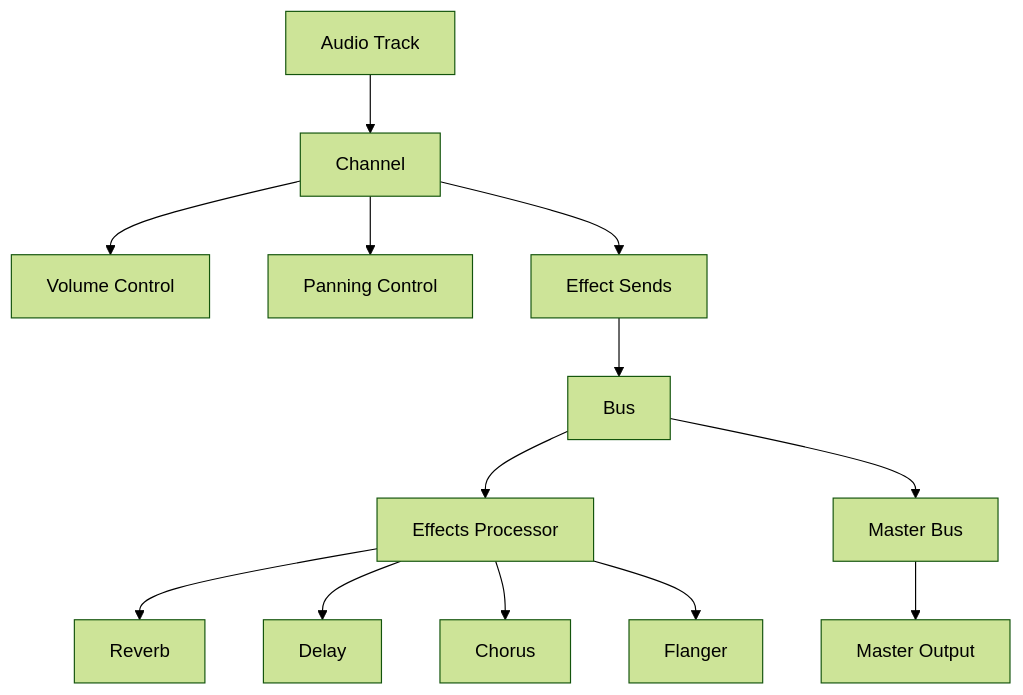
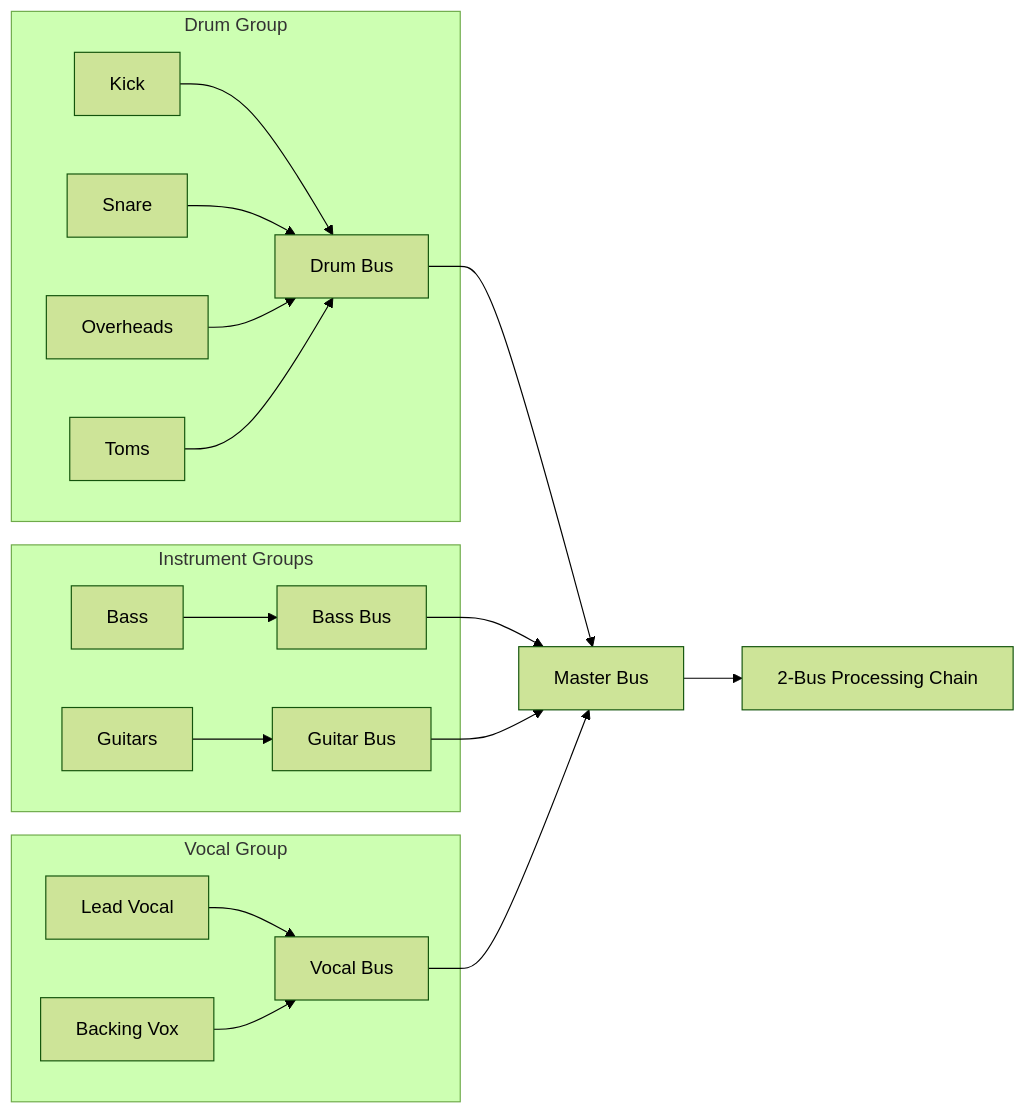
Before and after one commit to blebleblee/synapse: the second of 2 diagrams in topics/arts/music_production/mixing/lesson_04_advanced_mixing_techniques.md, drawn with Mermaid (forest theme). The commit also changed other lines of this file and 4 other files, not shown here.

````diff
--- a/topics/arts/music_production/mixing/lesson_04_advanced_mixing_techniques.md
+++ b/topics/arts/music_production/mixing/lesson_04_advanced_mixing_techniques.md
@@ -31,15 +166,25 @@
 ```mermaid
-graph TD;
-    A["Audio Track"] --> B["Channel"];
-    B --> C["Volume Control"];
-    B --> D["Panning Control"];
-    B --> E["Effect Sends"];
-    E --> F["Bus"];
-    F --> G["Effects Processor"];
-    G --> H["Reverb"];
-    G --> I["Delay"];
-    G --> J["Chorus"];
-    G --> K["Flanger"];
-    F --> L["Master Bus"];
-    L --> M["Master Output"];
+graph LR;
+    subgraph drums ["Drum Group"]
+        K["Kick"] --> DB["Drum Bus"]
+        S["Snare"] --> DB
+        OH["Overheads"] --> DB
+        TM["Toms"] --> DB
+    end
+
+    subgraph instr ["Instrument Groups"]
+        BS["Bass"] --> BB["Bass Bus"]
+        GTR["Guitars"] --> GB["Guitar Bus"]
+    end
+
+    subgraph vox ["Vocal Group"]
+        LV["Lead Vocal"] --> VB["Vocal Bus"]
+        BV["Backing Vox"] --> VB
+    end
+
+    DB --> MIX["Master Bus"]
+    BB --> MIX
+    GB --> MIX
+    VB --> MIX
+    MIX --> OUT2["2-Bus Processing Chain"]
 ```
````
